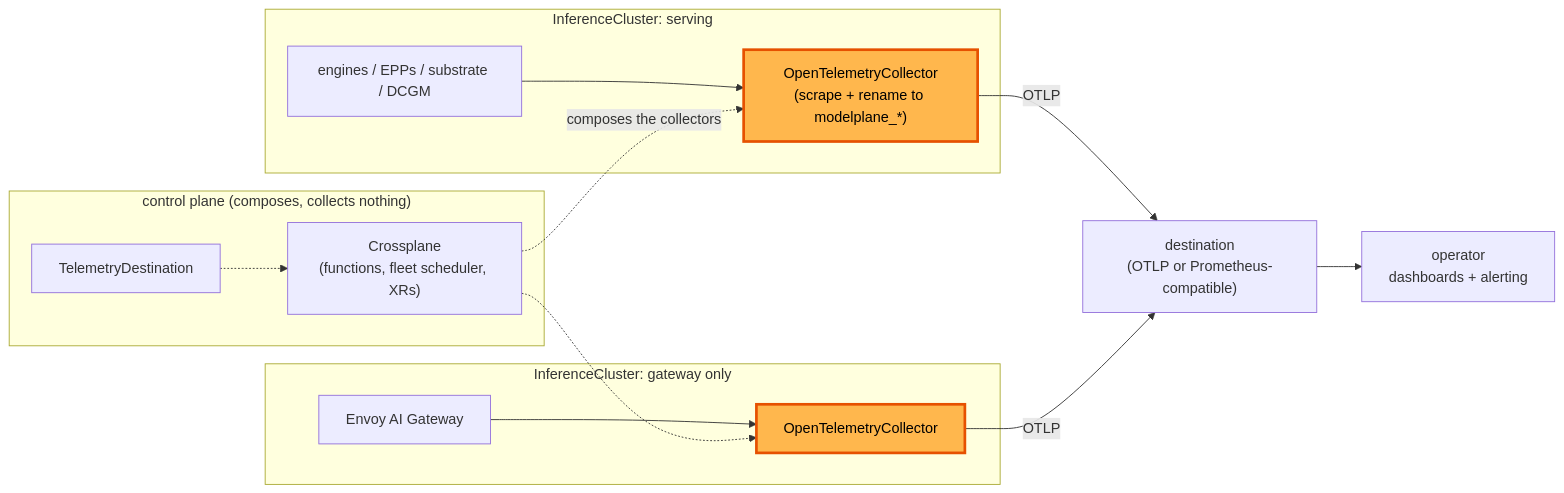
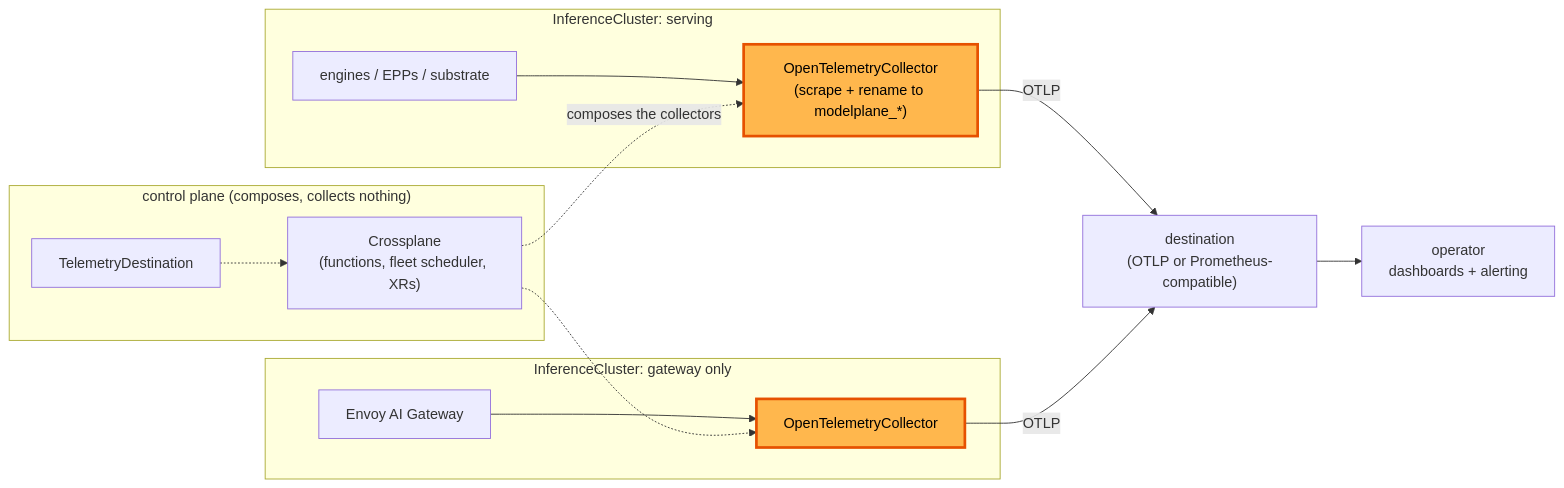
Before and after one commit to dennis-upbound/modelplane: the diagram in design/metrics.md, drawn with Mermaid. The commit also changed other lines of this file and 1 other file, not shown here.

````diff
--- a/design/metrics.md
+++ b/design/metrics.md
@@ -649,27 +637,27 @@
 ```mermaid
 flowchart LR
     subgraph icA["InferenceCluster: serving"]
-        SA["engines / EPPs / substrate / DCGM"]
+        SA["engines / EPPs / substrate"]
         CA["OpenTelemetryCollector\n(scrape + rename to modelplane_*)"]
     end
     subgraph icB["InferenceCluster: gateway only"]
         SB["Envoy AI Gateway"]
         CB["OpenTelemetryCollector"]
     end
     subgraph cp["control plane (composes, collects nothing)"]
         XP["Crossplane\n(functions, fleet scheduler, XRs)"]
         TD["TelemetryDestination"]
     end
     DEST["destination\n(OTLP or Prometheus-compatible)"]
     OP["operator\ndashboards + alerting"]
     SA --> CA
     SB --> CB
     TD -.-> XP
     XP -.->|"composes the collectors"| CA
     XP -.-> CB
     CA -->|"OTLP"| DEST
     CB -->|"OTLP"| DEST
     DEST --> OP
     classDef new fill:#ffb74d,stroke:#e65100,stroke-width:3px,color:#000;
     class CA,CB new
 ```
````
